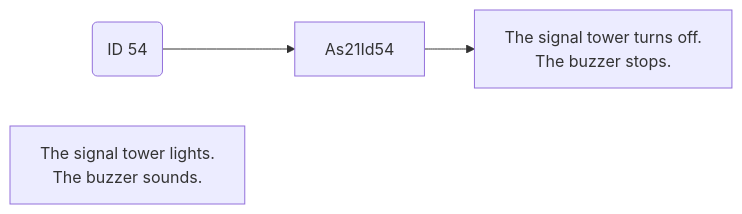
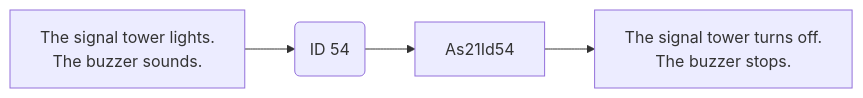
Diagram 22 of 22 in Basic-Design/DFD-WMS/Storage/Palletizing-Settting/Irregular-Cases.md (luthfiadityaa/SimeDarby-Wiki), drawn with Mermaid before and after one commit.

Commit message:
Updated Irregular Cases

```diff
--- a/Basic-Design/DFD-WMS/Storage/Palletizing-Settting/Irregular-Cases.md
+++ b/Basic-Design/DFD-WMS/Storage/Palletizing-Settting/Irregular-Cases.md
@@ -1246,20 +1246,20 @@
 ::: mermaid
 flowchart LR
 
 id50msg("
 ID 54
 ")
 
 buttonlightStart["
 The signal tower lights.
 The buzzer sounds.
 "]
 
 buttonlight["
 The signal tower turns off.
 The buzzer stops.
 "]
 
-id50msg --> As21Id54
+buttonlightStart-->id50msg --> As21Id54
 As21Id54 --> buttonlight
 :::
```
